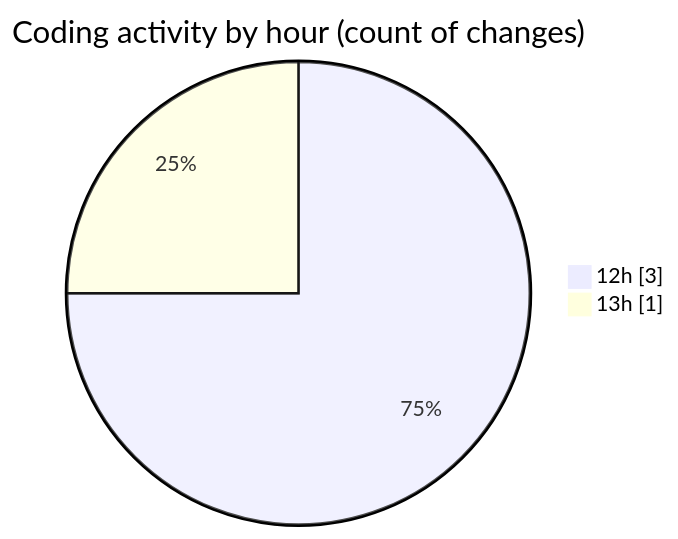
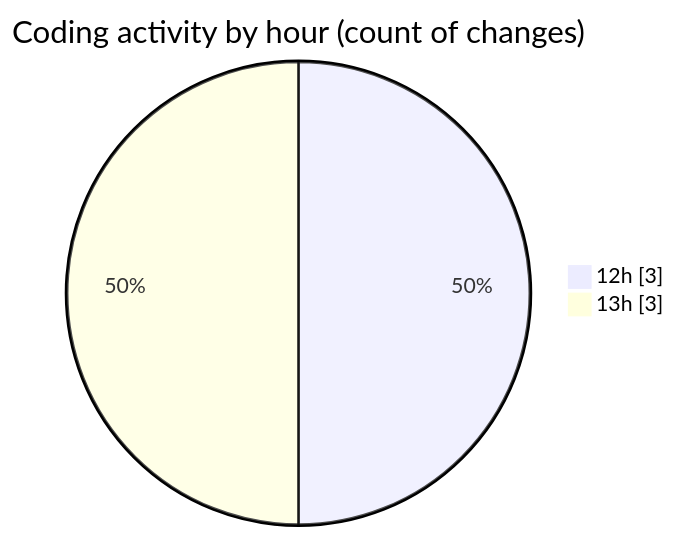
The second of 2 diagrams in 2026-02-26/car_database/README.md (momahboobian/code-tracking), drawn with Mermaid before and after one commit. The commit also changed other lines of this file and 1 other file, not shown here.

````diff
--- a/2026-02-26/car_database/README.md
+++ b/2026-02-26/car_database/README.md
@@ -34,6 +36,6 @@
 ```mermaid
 pie showData
 title Coding activity by hour (count of changes)
 "12h" : 3
-"13h" : 1
+"13h" : 3
 ```
````
